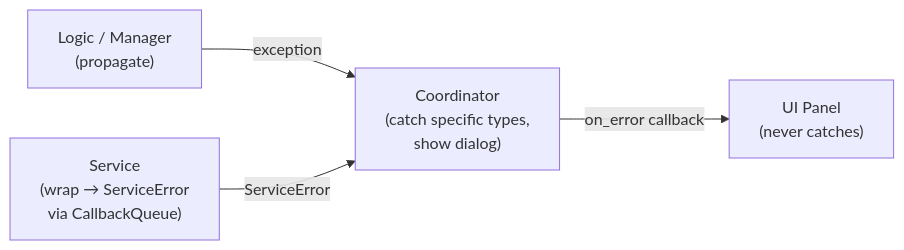
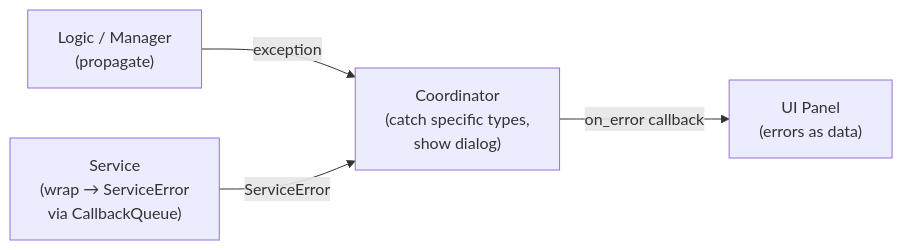
Before and after one commit to JakimPL/SampleToNES: the fifth of 5 diagrams in docs/architecture.md, drawn with Mermaid. The commit also changed other lines of this file and 3 other files, not shown here.

````diff
--- a/docs/architecture.md
+++ b/docs/architecture.md
@@ -427,11 +349,11 @@
 ```mermaid
 graph LR
     LOGIC["Logic / Manager\n(propagate)"]
     SVC["Service\n(wrap → ServiceError\nvia CallbackQueue)"]
     COORD["Coordinator\n(catch specific types,\nshow dialog)"]
-    UI["UI Panel\n(never catches)"]
+    UI["UI Panel\n(errors as data)"]
 
     LOGIC -->|exception| COORD
     SVC -->|ServiceError| COORD
     COORD -->|on_error callback| UI
 ```
````
